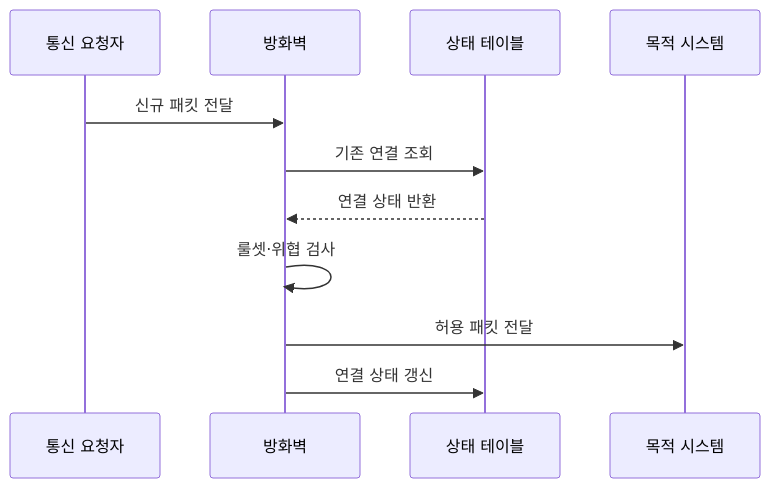
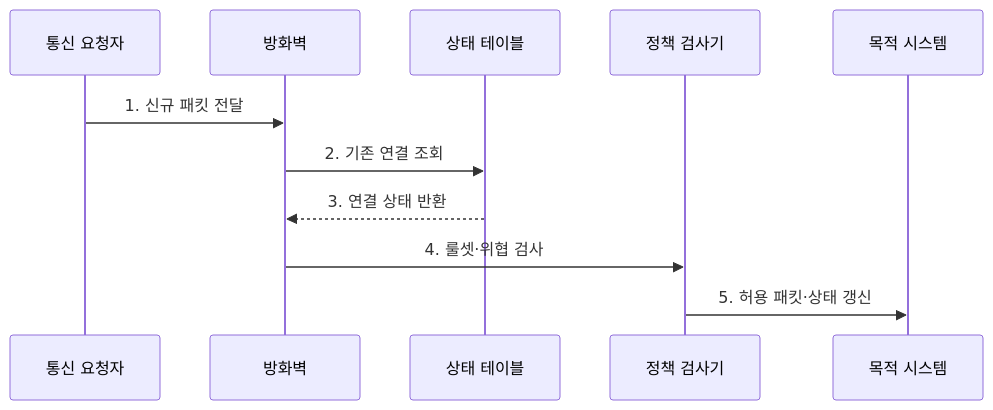
Before and after one commit to agnusdei1207/knowledge-base: the second of 2 diagrams in src/content/docs/notes/05-security/021_firewall.md, drawn with Mermaid. The commit also changed other lines of this file and 11 other files, not shown here.

````diff
--- a/src/content/docs/notes/05-security/021_firewall.md
+++ b/src/content/docs/notes/05-security/021_firewall.md
@@ -90,13 +81,13 @@
 ```mermaid
 sequenceDiagram
     participant C as 통신 요청자
     participant F as 방화벽
     participant S as 상태 테이블
+    participant P as 정책 검사기
     participant T as 목적 시스템
-    C->>F: 신규 패킷 전달
-    F->>S: 기존 연결 조회
-    S-->>F: 연결 상태 반환
-    F->>F: 룰셋·위협 검사
-    F->>T: 허용 패킷 전달
-    F->>S: 연결 상태 갱신
+    C->>F: 1. 신규 패킷 전달
+    F->>S: 2. 기존 연결 조회
+    S-->>F: 3. 연결 상태 반환
+    F->>P: 4. 룰셋·위협 검사
+    P->>T: 5. 허용 패킷·상태 갱신
 ```
````
